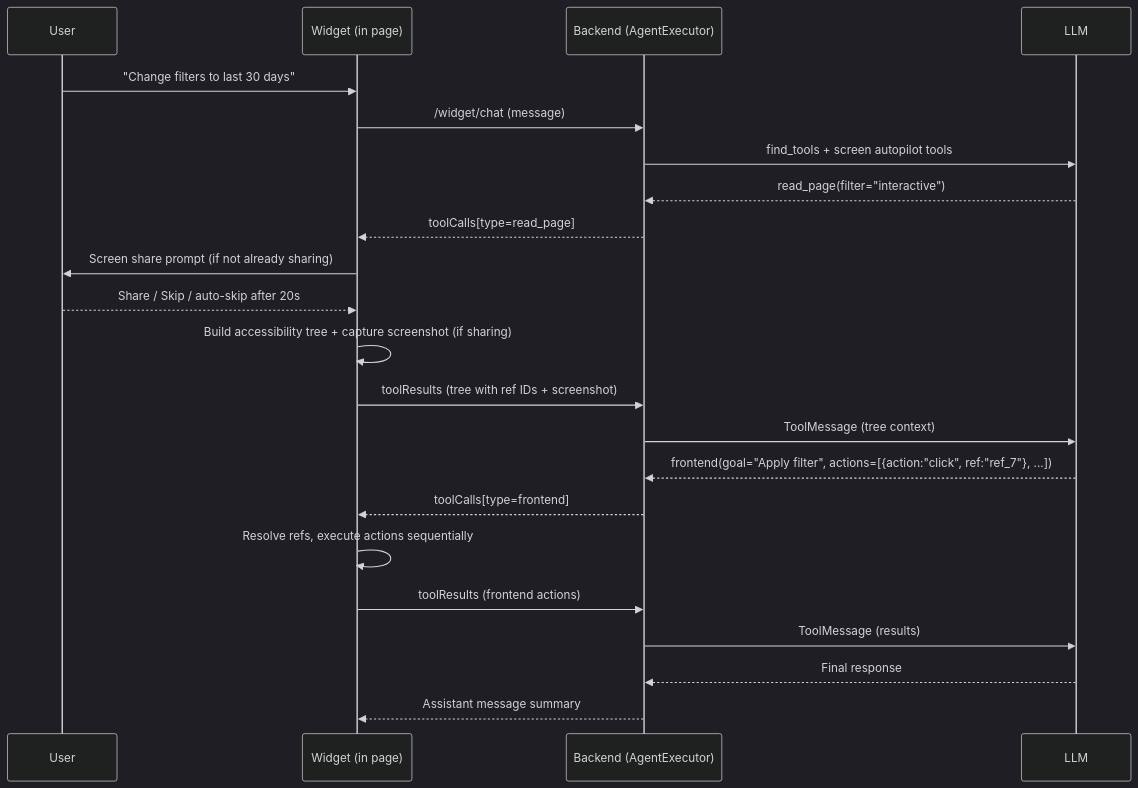
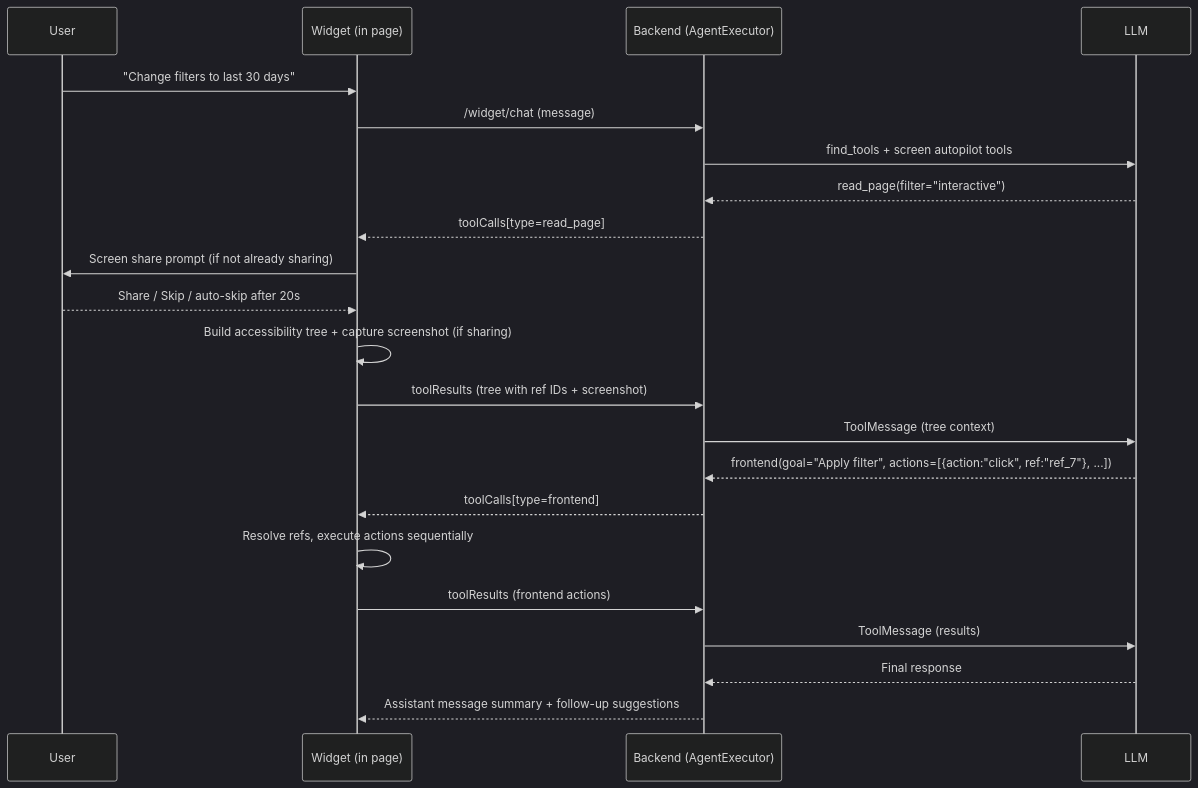
One commit to mostafasudo/warpy changed the first of 2 diagrams in docs/frontend-agent.md. Above: the diagram before and after it, drawn with Mermaid (dark theme). The commit also changed other lines of this file and 20 other files, not shown here.

Commit message:
feat: Add widget suggestions feature to agents, enabling starter suggestions and LLM-generated follow-ups for enhanced user interaction and experience

````diff
--- a/docs/frontend-agent.md
+++ b/docs/frontend-agent.md
@@ -60,25 +61,25 @@
 ```mermaid
 sequenceDiagram
   participant U as User
   participant W as Widget (in page)
   participant B as Backend (AgentExecutor)
   participant L as LLM
 
   U->>W: "Change filters to last 30 days"
   W->>B: /widget/chat (message)
   B->>L: find_tools + screen autopilot tools
   L-->>B: read_page(filter="interactive")
   B-->>W: toolCalls[type=read_page]
   W->>U: Screen share prompt (if not already sharing)
   U-->>W: Share / Skip / auto-skip after 20s
   W->>W: Build accessibility tree + capture screenshot (if sharing)
   W->>B: toolResults (tree with ref IDs + screenshot)
   B->>L: ToolMessage (tree context)
   L-->>B: frontend(goal="Apply filter", actions=[{action:"click", ref:"ref_7"}, ...])
   B-->>W: toolCalls[type=frontend]
   W->>W: Resolve refs, execute actions sequentially
   W->>B: toolResults (frontend actions)
   B->>L: ToolMessage (results)
   L-->>B: Final response
-  B-->>W: Assistant message summary
+  B-->>W: Assistant message summary + follow-up suggestions
 ```
````
